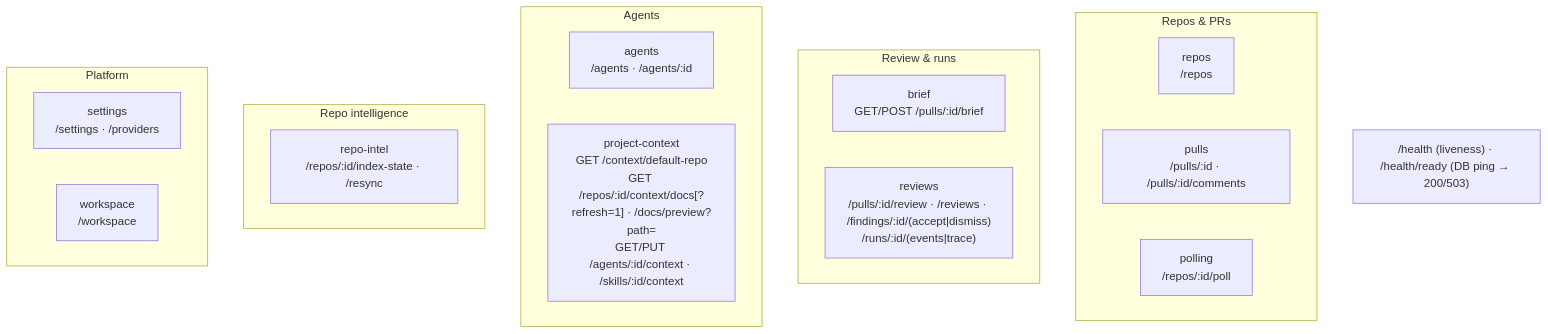
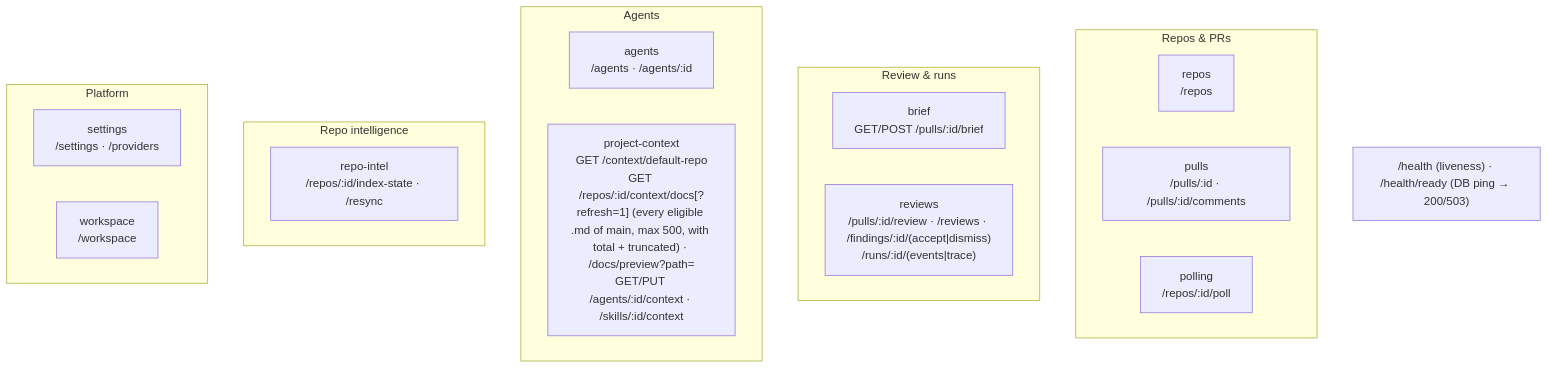
One commit to ochubey/dev-digest-learning changed the second of 2 diagrams in server/README.md. Above: the diagram before and after it, drawn with Mermaid. The commit also changed other lines of this file and 26 other files, not shown here.

First line of the commit message:
feat(project-context): discover every markdown file of the main branch

````diff
--- a/server/README.md
+++ b/server/README.md
@@ -64,24 +64,24 @@
 ```mermaid
 flowchart TB
   subgraph Repos_PRs["Repos & PRs"]
     repos["repos<br/>/repos"]
     pulls["pulls<br/>/pulls/:id · /pulls/:id/comments"]
     polling["polling<br/>/repos/:id/poll"]
   end
   subgraph Review["Review & runs"]
     brief["brief<br/>GET/POST /pulls/:id/brief"]
     reviews["reviews<br/>/pulls/:id/review · /reviews · /findings/:id/(accept|dismiss)<br/>/runs/:id/(events|trace)"]
   end
   subgraph Agents["Agents"]
     agents["agents<br/>/agents · /agents/:id"]
-    projectContext["project-context<br/>GET /context/default-repo<br/>GET /repos/:id/context/docs[?refresh=1] · /docs/preview?path=<br/>GET/PUT /agents/:id/context · /skills/:id/context"]
+    projectContext["project-context<br/>GET /context/default-repo<br/>GET /repos/:id/context/docs[?refresh=1] (every eligible .md of main, max 500, with total + truncated) · /docs/preview?path=<br/>GET/PUT /agents/:id/context · /skills/:id/context"]
   end
   subgraph Intel["Repo intelligence"]
     repoIntel["repo-intel<br/>/repos/:id/index-state · /resync"]
   end
   subgraph Platform["Platform"]
     settings["settings<br/>/settings · /providers"]
     workspace["workspace<br/>/workspace"]
   end
   HEALTH["/health (liveness) · /health/ready (DB ping → 200/503)"]
 ```
````
